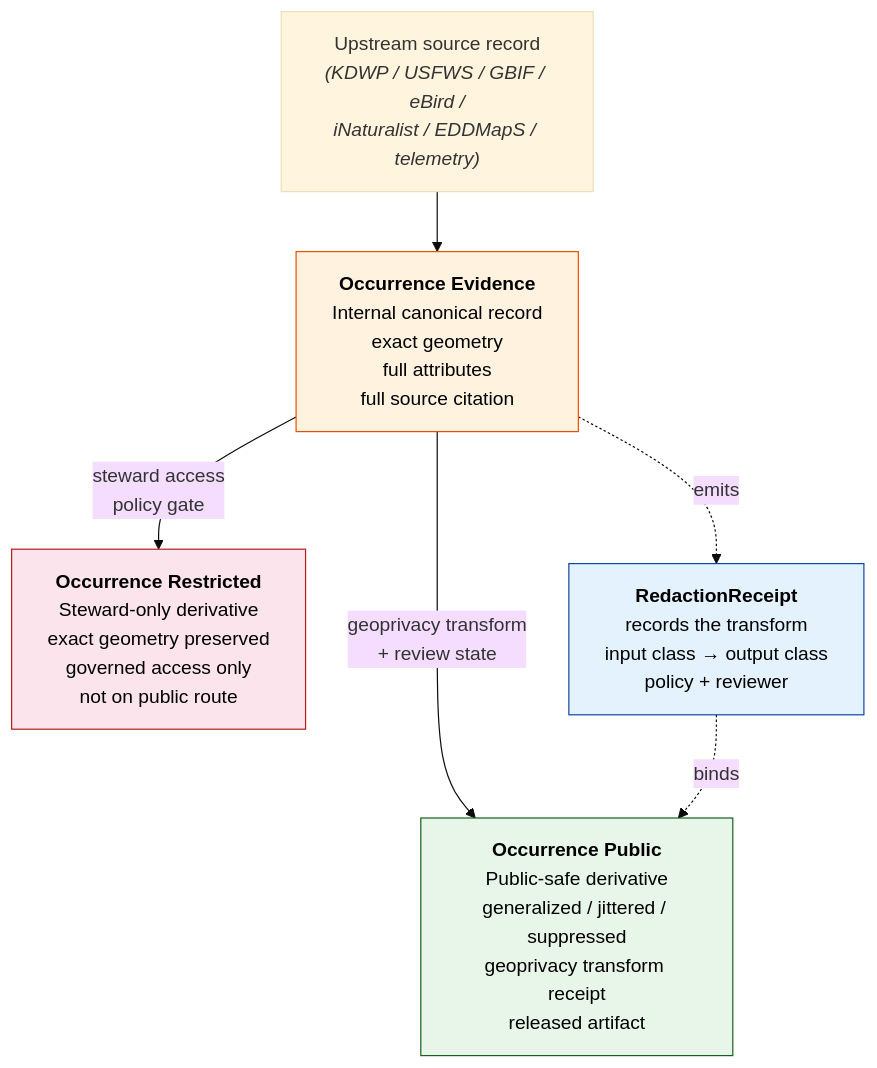
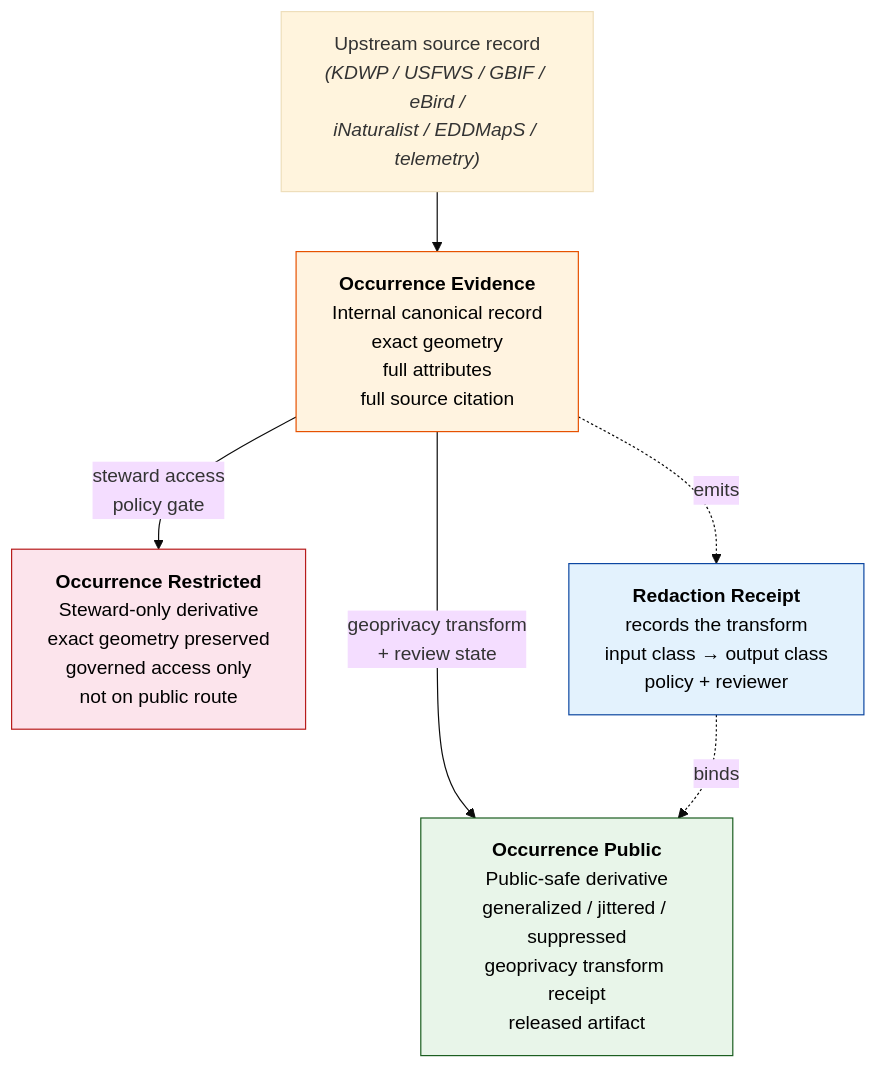
One commit to bartytime4life/Kansas-Frontier-Matrix changed the second of 5 diagrams in docs/domains/fauna/IDENTITY_MODEL.md. Above: the diagram before and after it, drawn with Mermaid (base theme). The commit also changed other lines of this file, not shown here.

````diff
--- a/docs/domains/fauna/IDENTITY_MODEL.md
+++ b/docs/domains/fauna/IDENTITY_MODEL.md
@@ -191,23 +201,23 @@
 ```mermaid
 flowchart TB
     SRC["Upstream source record<br/><i>(KDWP / USFWS / GBIF / eBird /<br/>iNaturalist / EDDMapS / telemetry)</i>"]
     OE["<b>Occurrence Evidence</b><br/>Internal canonical record<br/>exact geometry<br/>full attributes<br/>full source citation"]
     OR["<b>Occurrence Restricted</b><br/>Steward-only derivative<br/>exact geometry preserved<br/>governed access only<br/>not on public route"]
     OP["<b>Occurrence Public</b><br/>Public-safe derivative<br/>generalized / jittered / suppressed<br/>geoprivacy transform receipt<br/>released artifact"]
-    RR["<b>RedactionReceipt</b><br/>records the transform<br/>input class &rarr; output class<br/>policy + reviewer"]
+    RR["<b>Redaction Receipt</b><br/>records the transform<br/>input class &rarr; output class<br/>policy + reviewer"]
 
     SRC --> OE
     OE -- "steward access<br/>policy gate" --> OR
     OE -- "geoprivacy transform<br/>+ review state" --> OP
     OE -. emits .-> RR
     RR -. binds .-> OP
 
     classDef internal fill:#fff3e0,stroke:#e65100,color:#000;
     classDef restricted fill:#fce4ec,stroke:#b71c1c,color:#000;
     classDef public fill:#e8f5e9,stroke:#1b5e20,color:#000;
     classDef receipt fill:#e3f2fd,stroke:#0d47a1,color:#000;
     class OE internal;
     class OR restricted;
     class OP public;
     class RR receipt;
 ```
````
